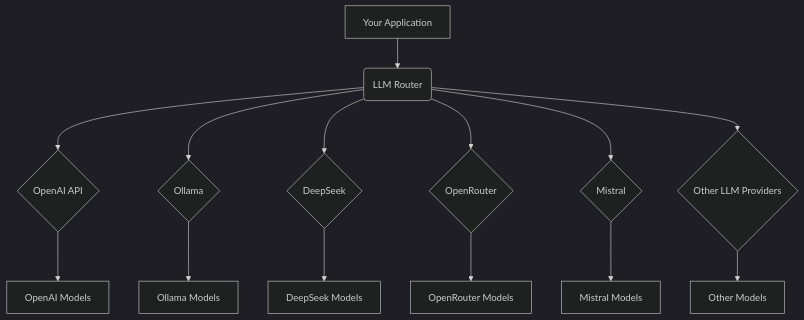
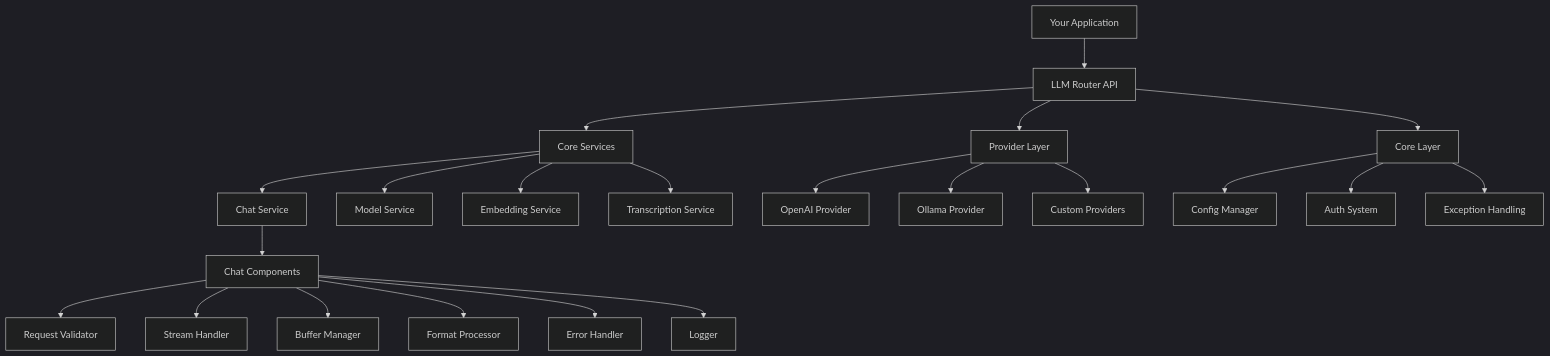
Before and after one commit to kreolsky/llm-router-api: the diagram in README.md, drawn with Mermaid (dark theme). The commit also changed other lines of this file, not shown here.

````diff
--- a/README.md
+++ b/README.md
@@ -30,16 +37,27 @@
 ```mermaid
 graph TD
-    A[Your Application] --> B(LLM Router);
-    B --> C{OpenAI API};
-    B --> D{Ollama};
-    B --> E{DeepSeek};
-    B --> F{OpenRouter};
-    B --> G{Mistral};
-    B --> H{Other LLM Providers};
-    C --> I[OpenAI Models];
-    D --> J[Ollama Models];
-    E --> K[DeepSeek Models];
-    F --> L[OpenRouter Models];
-    G --> M[Mistral Models];
-    H --> N[Other Models];
+    A[Your Application] --> B[LLM Router API];
+    B --> C[Core Services];
+    C --> D[Chat Service];
+    C --> E[Model Service];
+    C --> F[Embedding Service];
+    C --> G[Transcription Service];
+    
+    D --> H[Chat Components];
+    H --> I[Request Validator];
+    H --> J[Stream Handler];
+    H --> K[Buffer Manager];
+    H --> L[Format Processor];
+    H --> M[Error Handler];
+    H --> N[Logger];
+    
+    B --> O[Provider Layer];
+    O --> P[OpenAI Provider];
+    O --> Q[Ollama Provider];
+    O --> R[Custom Providers];
+    
+    B --> S[Core Layer];
+    S --> T[Config Manager];
+    S --> U[Auth System];
+    S --> V[Exception Handling];
 ```
````
